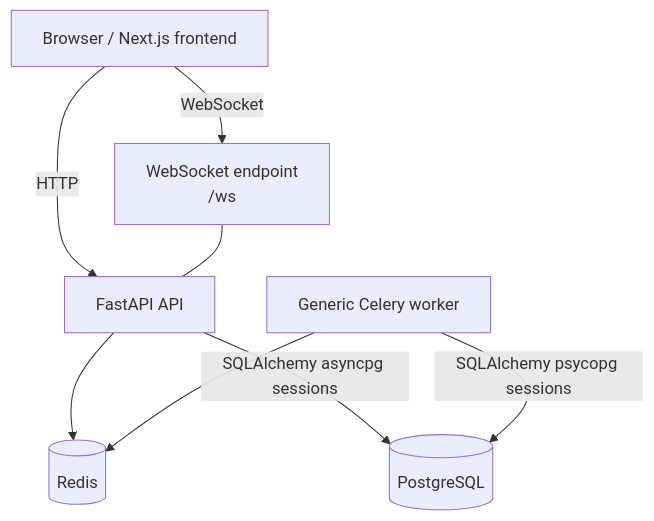
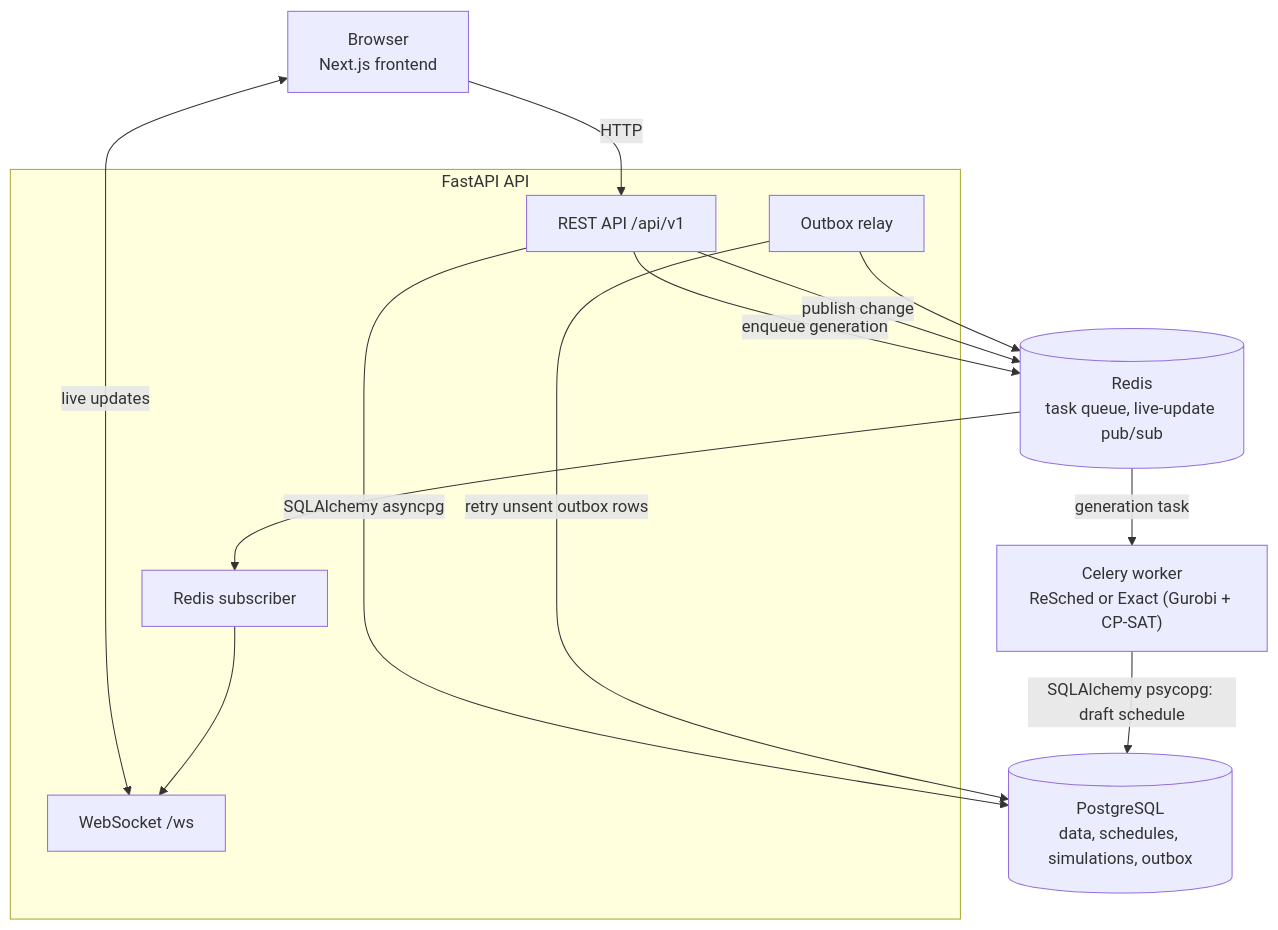
One commit to rileyrushton05/floorsync changed the diagram in docs/architecture.md. Above: the diagram before and after it, drawn with Mermaid. The commit also changed other lines of this file and 4 other files, not shown here.

Commit message:
docs: index the docs folder, list external resources and update the architecture diagram

````diff
--- a/docs/architecture.md
+++ b/docs/architecture.md
@@ -9,17 +9,24 @@
 ```mermaid
 flowchart TB
-    browser["Browser / Next.js frontend"]
-    api["FastAPI API"]
-    ws["WebSocket endpoint\n/ws"]
-    worker["Generic Celery worker"]
-    redis[("Redis")]
-    postgres[("PostgreSQL")]
+    browser["Browser<br/>Next.js frontend"]
+    subgraph api["FastAPI API"]
+        rest["REST API /api/v1"]
+        ws["WebSocket /ws"]
+        relay["Outbox relay"]
+        sub["Redis subscriber"]
+    end
+    worker["Celery worker<br/>ReSched or Exact (Gurobi + CP-SAT)"]
+    redis[("Redis<br/>task queue, live-update pub/sub")]
+    postgres[("PostgreSQL<br/>data, schedules, simulations, outbox")]
 
-    browser -->|"HTTP"| api
-    browser -->|"WebSocket"| ws
-    ws --- api
-    api --> redis
-    worker --> redis
-    api -->|"SQLAlchemy asyncpg sessions"| postgres
-    worker -->|"SQLAlchemy psycopg sessions"| postgres
+    browser -->|"HTTP"| rest
+    browser <-->|"live updates"| ws
+    rest -->|"SQLAlchemy asyncpg"| postgres
+    rest -->|"enqueue generation"| redis
+    redis -->|"generation task"| worker
+    worker -->|"SQLAlchemy psycopg: draft schedule"| postgres
+    rest -->|"publish change"| redis
+    relay -->|"retry unsent outbox rows"| postgres
+    relay --> redis
+    redis --> sub --> ws
 ```
````
